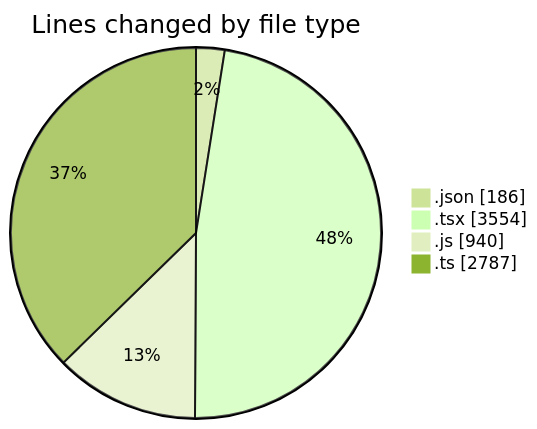
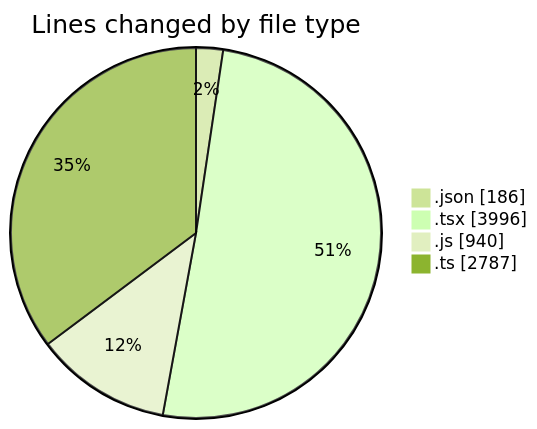
Before and after one commit to momahboobian/code-tracking: the first of 2 diagrams in 2026-07-14/cda/README.md, drawn with Mermaid (forest theme). The commit also changed other lines of this file and 1 other file, not shown here.

````diff
--- a/2026-07-14/cda/README.md
+++ b/2026-07-14/cda/README.md
@@ -52,8 +52,8 @@
 ```mermaid
 pie showData
 title Lines changed by file type
 ".json" : 186
-".tsx" : 3554
+".tsx" : 3996
 ".js" : 940
 ".ts" : 2787
 ```
````
